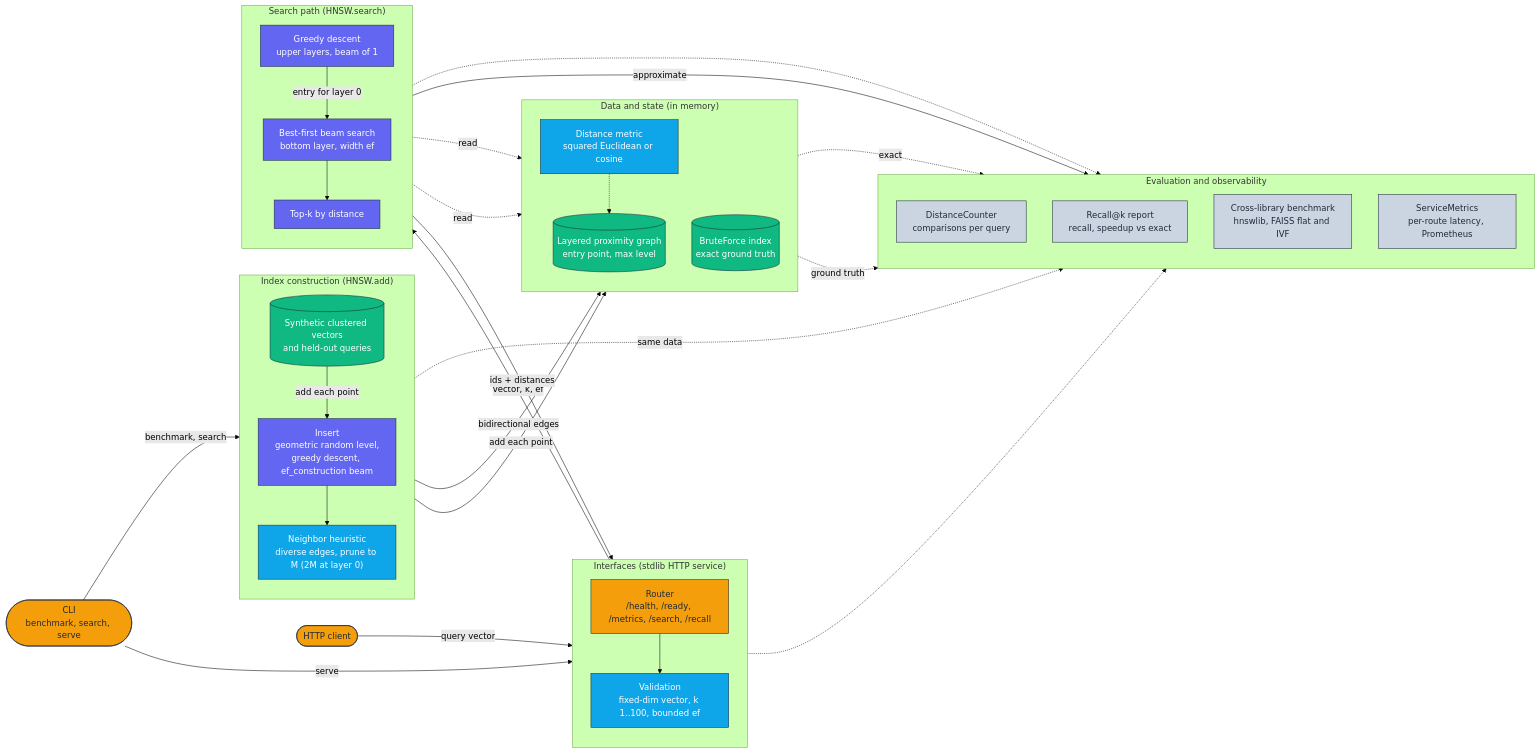
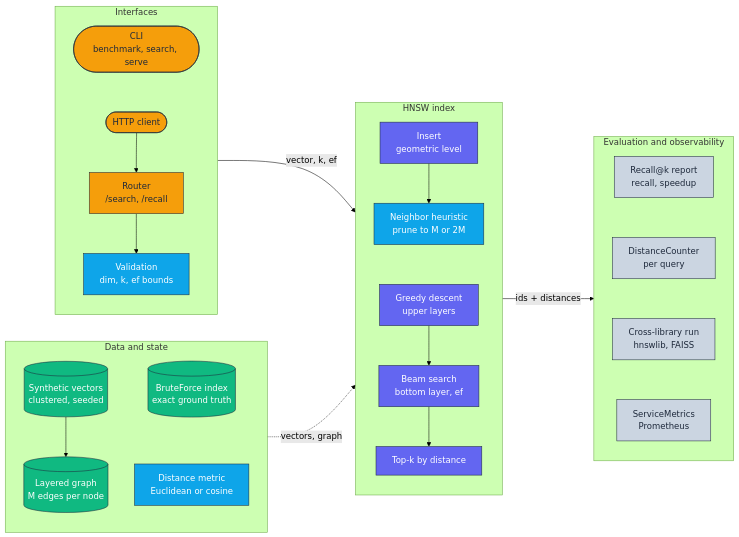
One commit to adeoluo/ann-vector-search-library changed the diagram in docs/architecture/architecture.mmd. Above: the diagram before and after it, drawn with Mermaid (forest theme). The commit also changed 1 other file, not shown here.

Commit message:
docs: compact horizontal architecture diagram

```diff
--- a/docs/architecture/architecture.mmd
+++ b/docs/architecture/architecture.mmd
@@ -1,66 +1,48 @@
 flowchart LR
     classDef edge     fill:#F59E0B,stroke:#1E293B,color:#1E293B,stroke-width:1px;
     classDef core     fill:#6366F1,stroke:#1E293B,color:#ffffff,stroke-width:1px;
     classDef data     fill:#10B981,stroke:#1E293B,color:#ffffff,stroke-width:1px;
     classDef control  fill:#0EA5E9,stroke:#1E293B,color:#ffffff,stroke-width:1px;
     classDef obs      fill:#CBD5E1,stroke:#1E293B,color:#1E293B,stroke-width:1px;
 
-    Client(["HTTP client"]):::edge
-    CLI(["CLI<br/>benchmark, search, serve"]):::edge
-
-    subgraph Interfaces["Interfaces (stdlib HTTP service)"]
+    subgraph Interfaces["Interfaces"]
         direction TB
-        Router["Router<br/>/health, /ready, /metrics, /search, /recall"]:::edge
-        Validate["Validation<br/>fixed-dim vector, k 1..100, bounded ef"]:::control
+        Client([HTTP client]):::edge
+        CLI(["CLI<br/>benchmark, search, serve"]):::edge
+        Router["Router<br/>/search, /recall"]:::edge
+        Validate["Validation<br/>dim, k, ef bounds"]:::control
+        CLI ~~~ Client --> Router --> Validate
     end
 
-    subgraph Build["Index construction (HNSW.add)"]
+    subgraph State["Data and state"]
         direction TB
-        Vectors[("Synthetic clustered vectors<br/>and held-out queries")]:::data
-        Insert["Insert<br/>geometric random level,<br/>greedy descent, ef_construction beam"]:::core
-        Select["Neighbor heuristic<br/>diverse edges, prune to M (2M at layer 0)"]:::control
+        Vectors[("Synthetic vectors<br/>clustered, seeded")]:::data
+        Graph[("Layered graph<br/>M edges per node")]:::data
+        Brute[("BruteForce index<br/>exact ground truth")]:::data
+        Metric["Distance metric<br/>Euclidean or cosine"]:::control
+        Vectors --> Graph
+        Brute ~~~ Metric
     end
 
-    subgraph Search["Search path (HNSW.search)"]
+    subgraph Core["HNSW index"]
         direction TB
-        Greedy["Greedy descent<br/>upper layers, beam of 1"]:::core
-        Beam["Best-first beam search<br/>bottom layer, width ef"]:::core
+        Insert["Insert<br/>geometric level"]:::core
+        Select["Neighbor heuristic<br/>prune to M or 2M"]:::control
+        Greedy["Greedy descent<br/>upper layers"]:::core
+        Beam["Beam search<br/>bottom layer, ef"]:::core
         TopK["Top-k by distance"]:::core
+        Insert --> Select ~~~ Greedy --> Beam --> TopK
     end
 
-    subgraph State["Data and state (in memory)"]
+    subgraph Obs["Evaluation and observability"]
         direction TB
-        Graph[("Layered proximity graph<br/>entry point, max level")]:::data
-        Metric["Distance metric<br/>squared Euclidean or cosine"]:::control
-        Brute[("BruteForce index<br/>exact ground truth")]:::data
+        Counter["DistanceCounter<br/>per query"]:::obs
+        Recall["Recall@k report<br/>recall, speedup"]:::obs
+        Compare["Cross-library run<br/>hnswlib, FAISS"]:::obs
+        Metrics["ServiceMetrics<br/>Prometheus"]:::obs
+        Recall ~~~ Counter ~~~ Compare ~~~ Metrics
     end
 
-    subgraph Evaluation["Evaluation and observability"]
-        direction TB
-        Counter["DistanceCounter<br/>comparisons per query"]:::obs
-        Recall["Recall@k report<br/>recall, speedup vs exact"]:::obs
-        Compare["Cross-library benchmark<br/>hnswlib, FAISS flat and IVF"]:::obs
-        Metrics["ServiceMetrics<br/>per-route latency, Prometheus"]:::obs
-    end
-
-    Client -->|query vector| Router
-    CLI -->|serve| Router
-    CLI -->|benchmark, search| Vectors
-    Router --> Validate
-    Validate -->|vector, k, ef| Greedy
-    Vectors -->|add each point| Insert
-    Insert --> Select
-    Select -->|bidirectional edges| Graph
-    Vectors -->|add each point| Brute
-    Greedy -->|entry for layer 0| Beam
-    Beam --> TopK
-    TopK -->|ids + distances| Router
-    Greedy -.->|read| Graph
-    Beam -.->|read| Graph
-    Metric -.-> Graph
-    Beam -.-> Counter
-    TopK -->|approximate| Recall
-    Brute -.->|exact| Recall
-    Vectors -.->|same data| Compare
-    Brute -.->|ground truth| Compare
-    Router -.-> Metrics
+    Interfaces -->|vector, k, ef| Core
+    State -.->|vectors, graph| Core
+    Core -->|ids + distances| Obs
```
